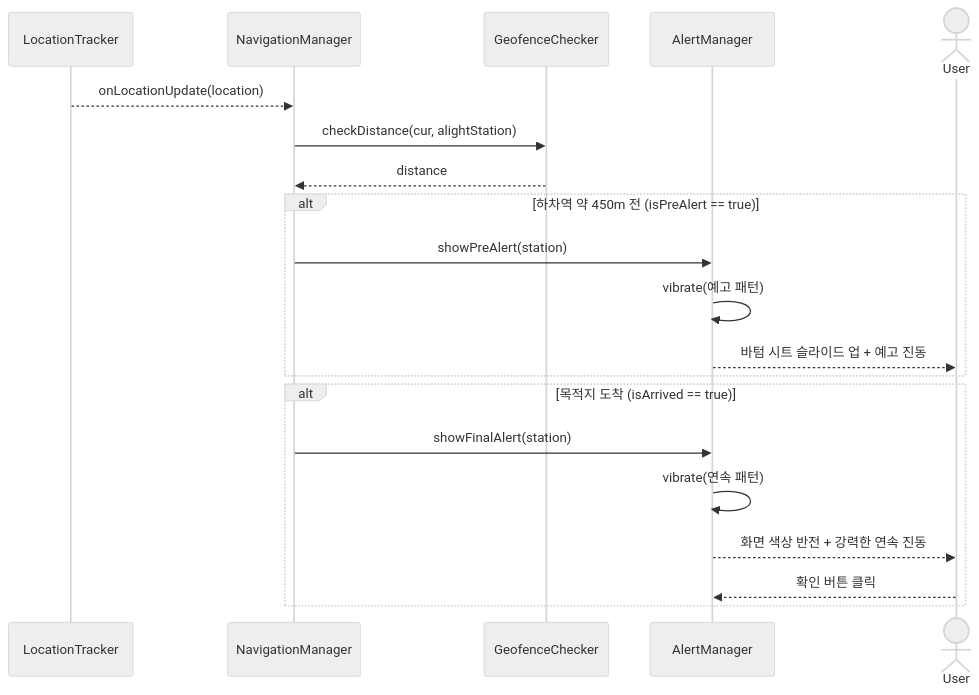
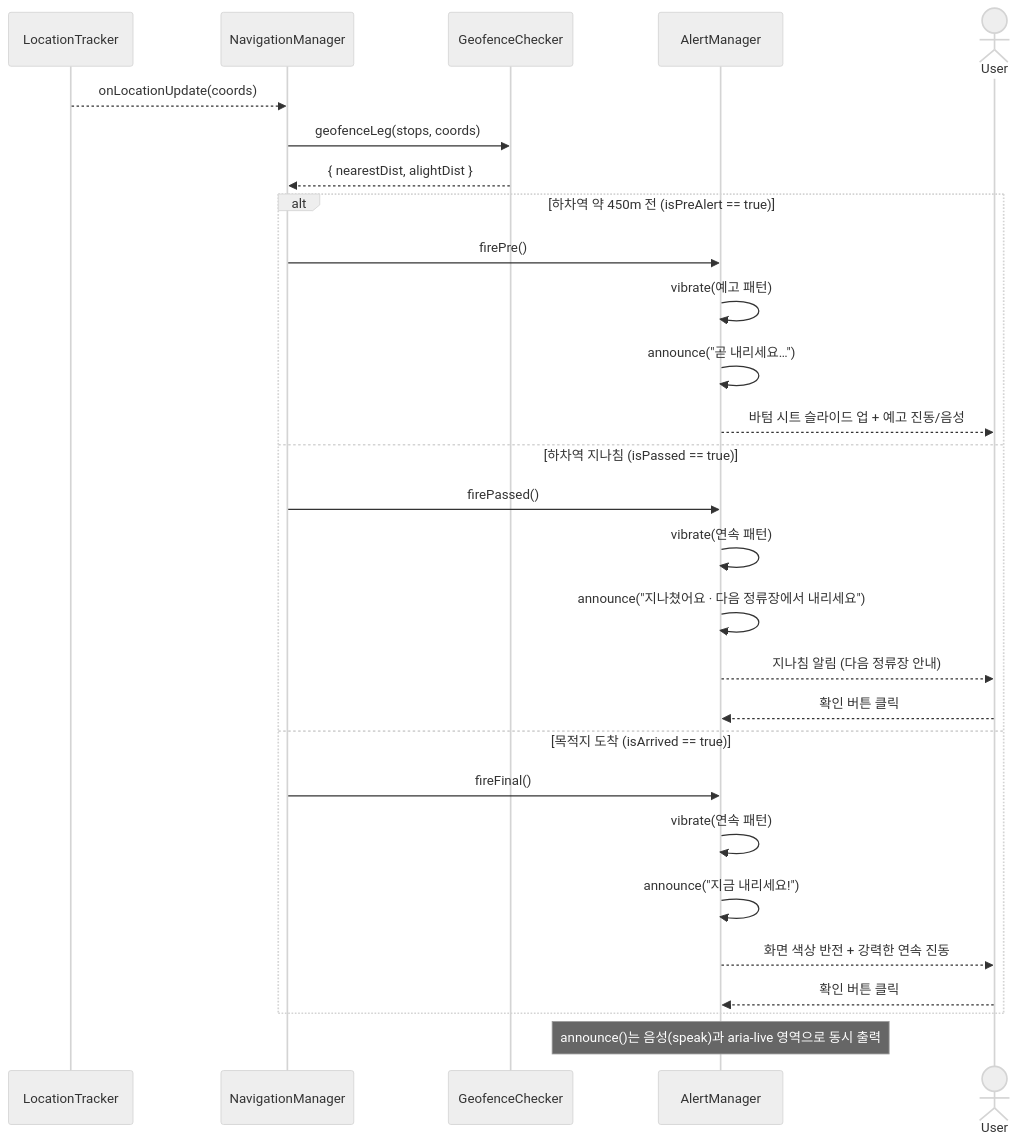
The diagram in diagrams/sequence-arrival-alert.mmd (moonchanju/adigasu), drawn with Mermaid (neutral theme) before and after one commit. The commit also changed 10 other files, not shown here.

First line of the commit message:
docs: 다이어그램·문서 정합 — 시퀀스/상태도 메소드명을 코드 기준으로 통일

```diff
--- a/diagrams/sequence-arrival-alert.mmd
+++ b/diagrams/sequence-arrival-alert.mmd
@@ -1,20 +1,28 @@
 sequenceDiagram
   participant LT as LocationTracker
   participant NM as NavigationManager
   participant GC as GeofenceChecker
   participant AM as AlertManager
   actor User
-  LT-->>NM: onLocationUpdate(location)
-  NM->>GC: checkDistance(cur, alightStation)
-  GC-->>NM: distance
+  LT-->>NM: onLocationUpdate(coords)
+  NM->>GC: geofenceLeg(stops, coords)
+  GC-->>NM: { nearestDist, alightDist }
   alt 하차역 약 450m 전 (isPreAlert == true)
-    NM->>AM: showPreAlert(station)
+    NM->>AM: firePre()
     AM->>AM: vibrate(예고 패턴)
-    AM-->>User: 바텀 시트 슬라이드 업 + 예고 진동
-  end
-  alt 목적지 도착 (isArrived == true)
-    NM->>AM: showFinalAlert(station)
+    AM->>AM: announce("곧 내리세요…")
+    AM-->>User: 바텀 시트 슬라이드 업 + 예고 진동/음성
+  else 하차역 지나침 (isPassed == true)
+    NM->>AM: firePassed()
     AM->>AM: vibrate(연속 패턴)
+    AM->>AM: announce("지나쳤어요 · 다음 정류장에서 내리세요")
+    AM-->>User: 지나침 알림 (다음 정류장 안내)
+    User-->>AM: 확인 버튼 클릭
+  else 목적지 도착 (isArrived == true)
+    NM->>AM: fireFinal()
+    AM->>AM: vibrate(연속 패턴)
+    AM->>AM: announce("지금 내리세요!")
     AM-->>User: 화면 색상 반전 + 강력한 연속 진동
     User-->>AM: 확인 버튼 클릭
   end
+  Note over AM: announce()는 음성(speak)과 aria-live 영역으로 동시 출력
```
